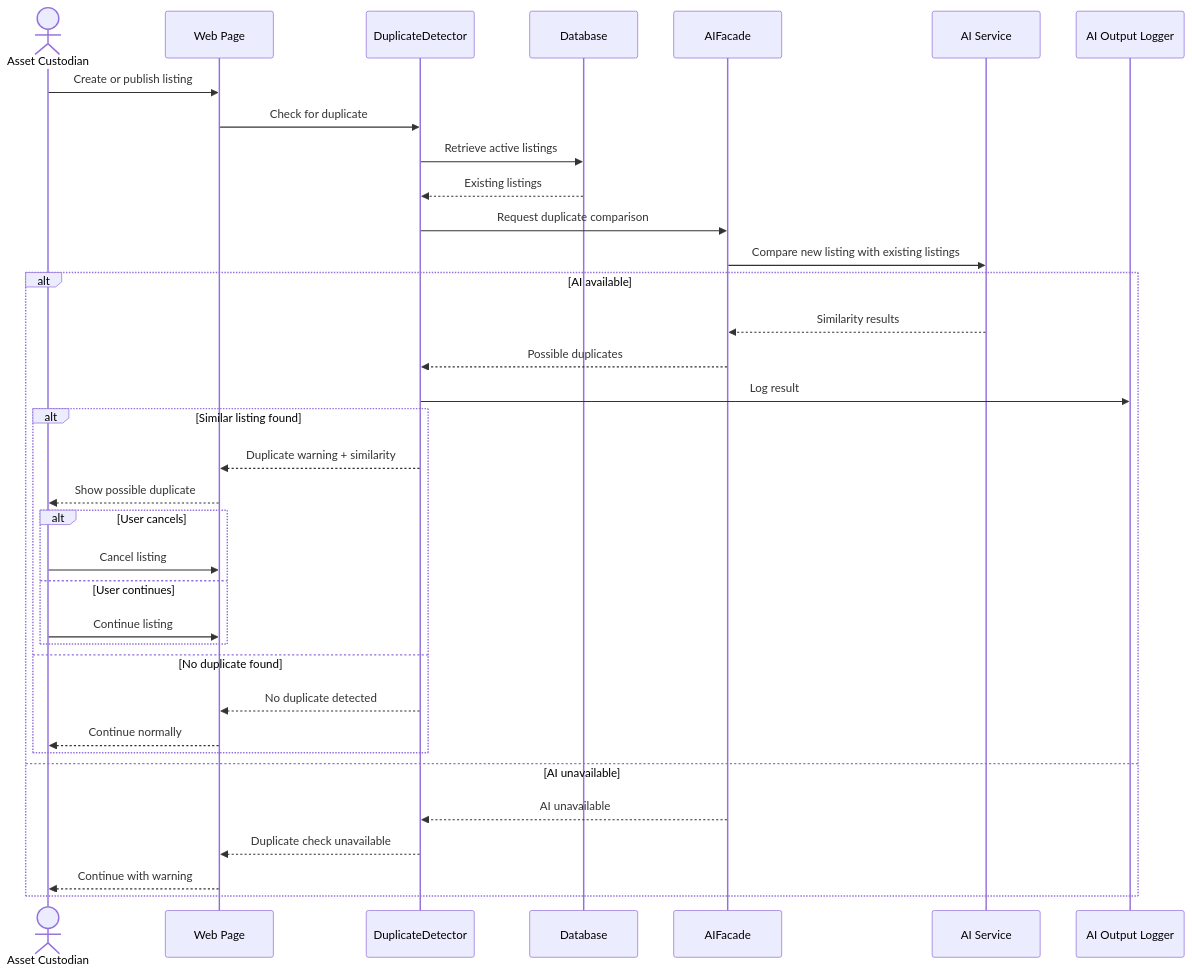
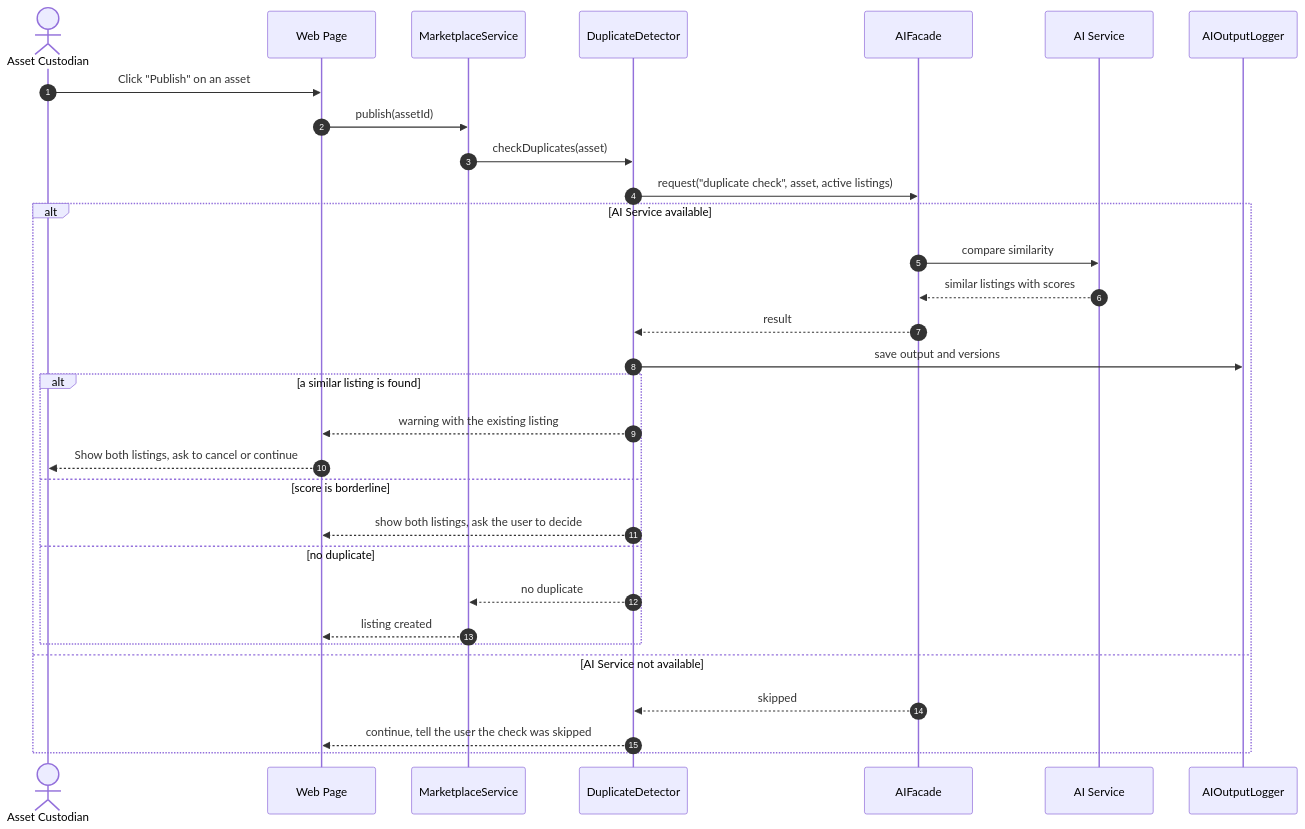
One commit to Abdulla66541/COSC336-GROUP5 changed the eighth of 12 diagrams in phase 4-5/04_part4_ai_and_sustainability.md. Above: the diagram before and after it, drawn with Mermaid. The commit also changed other lines of this file, not shown here.

````diff
--- a/phase 4-5/04_part4_ai_and_sustainability.md
+++ b/phase 4-5/04_part4_ai_and_sustainability.md
@@ -433,43 +411,39 @@
 ```mermaid
 sequenceDiagram
+    autonumber
     actor AC as Asset Custodian
     participant UI as Web Page
-    participant DD as DuplicateDetector
-    participant DB as Database
-    participant AF as AIFacade
-    participant AI as AI Service
-    participant LOG as AI Output Logger
+    participant MarketplaceService
+    participant DuplicateDetector
+    participant AIFacade
+    participant AIService as AI Service
+    participant Log as AIOutputLogger
 
-    AC->>UI: Create or publish listing
-    UI->>DD: Check for duplicate
-    DD->>DB: Retrieve active listings
-    DB-->>DD: Existing listings
-    DD->>AF: Request duplicate comparison
-    AF->>AI: Compare new listing with existing listings
+    AC->>UI: Click "Publish" on an asset
+    UI->>MarketplaceService: publish(assetId)
+    MarketplaceService->>DuplicateDetector: checkDuplicates(asset)
+    DuplicateDetector->>AIFacade: request("duplicate check", asset, active listings)
 
-    alt AI available
-        AI-->>AF: Similarity results
-        AF-->>DD: Possible duplicates
-        DD->>LOG: Log result
+    alt AI Service available
+        AIFacade->>AIService: compare similarity
+        AIService-->>AIFacade: similar listings with scores
+        AIFacade-->>DuplicateDetector: result
+        DuplicateDetector->>Log: save output and versions
 
-        alt Similar listing found
-            DD-->>UI: Duplicate warning + similarity
-            UI-->>AC: Show possible duplicate
+        alt a similar listing is found
+            DuplicateDetector-->>UI: warning with the existing listing
+            UI-->>AC: Show both listings, ask to cancel or continue
 
-            alt User cancels
-                AC->>UI: Cancel listing
-            else User continues
-                AC->>UI: Continue listing
-            end
+        else score is borderline
+            DuplicateDetector-->>UI: show both listings, ask the user to decide
 
-        else No duplicate found
-            DD-->>UI: No duplicate detected
-            UI-->>AC: Continue normally
+        else no duplicate
+            DuplicateDetector-->>MarketplaceService: no duplicate
+            MarketplaceService-->>UI: listing created
         end
 
-    else AI unavailable
-        AF-->>DD: AI unavailable
-        DD-->>UI: Duplicate check unavailable
-        UI-->>AC: Continue with warning
+    else AI Service not available
+        AIFacade-->>DuplicateDetector: skipped
+        DuplicateDetector-->>UI: continue, tell the user the check was skipped
     end
 ```
````
